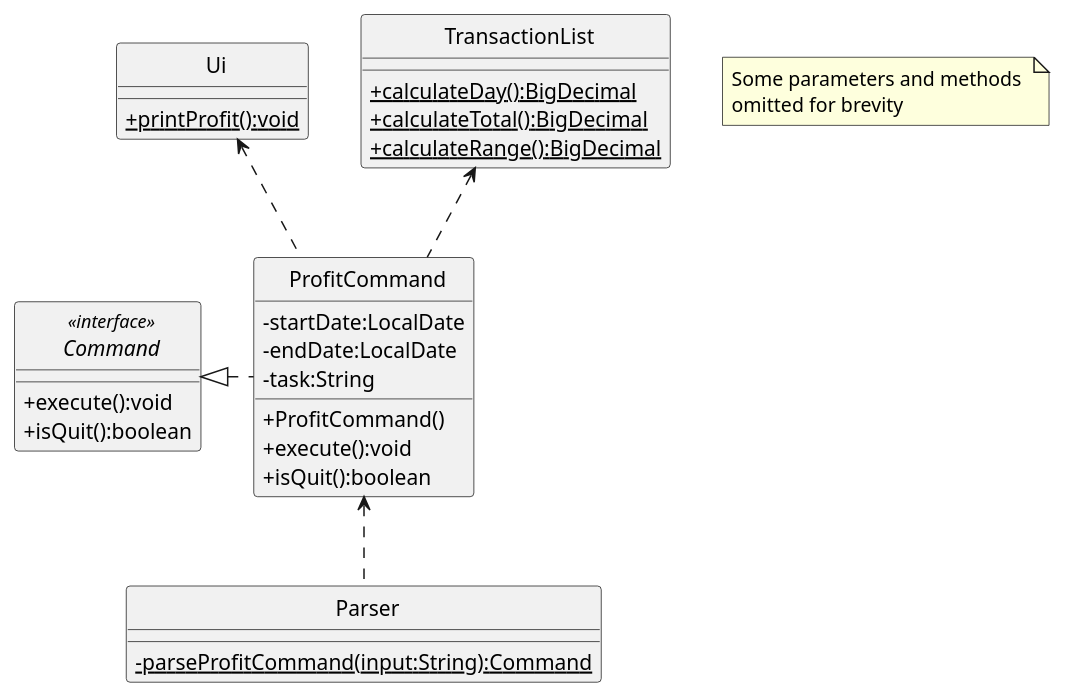
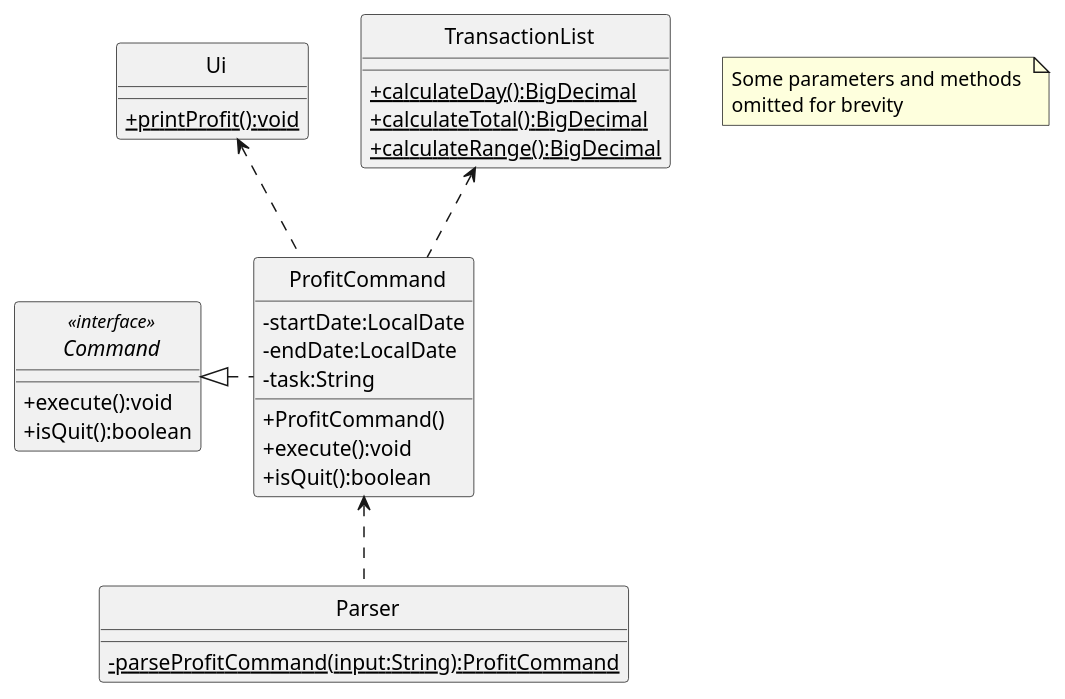
One commit to rismm/tp changed the first of 2 diagrams in docs/uml-diagrams/ProfitCommand.puml. Above: the diagram before and after it, drawn with PlantUML. The commit also changed 21 other files, not shown here.

```diff
--- a/docs/uml-diagrams/ProfitCommand.puml
+++ b/docs/uml-diagrams/ProfitCommand.puml
@@ -1,48 +1,48 @@
 @startuml
 'https://plantuml.com/class-diagram
 skinparam classAttributeIconSize 0
 skinparam CircledCharacterFontSize 0
 skinparam CircledCharacterRadius 0
 
 interface Command
 class Ui
 class TransactionList
 class ProfitCommand
 class Parser
 
 ProfitCommand <.. Parser
 Command <|. ProfitCommand
 Ui <.. ProfitCommand
 TransactionList <.. ProfitCommand
 
 
 interface Command <<interface>> {
     +execute():void
     +isQuit():boolean
 }
 
 class ProfitCommand {
     -startDate:LocalDate
     -endDate:LocalDate
     -task:String
     +ProfitCommand()
     +execute():void
     +isQuit():boolean
 }
 
 class Ui {
     {static}+printProfit():void
 }
 
 class Parser {
-    {static}-parseProfitCommand(input:String):Command
+    {static}-parseProfitCommand(input:String):ProfitCommand
 }
 
 class TransactionList {
     {static}+calculateDay():BigDecimal
     {static}+calculateTotal():BigDecimal
     {static}+calculateRange():BigDecimal
 }
 
 note "Some parameters and methods \nomitted for brevity" as n1
 @enduml
```
